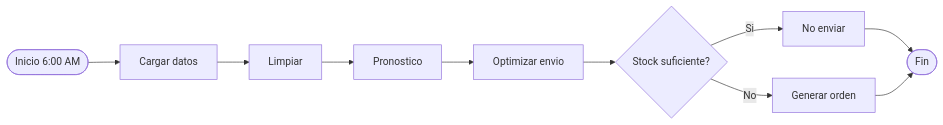
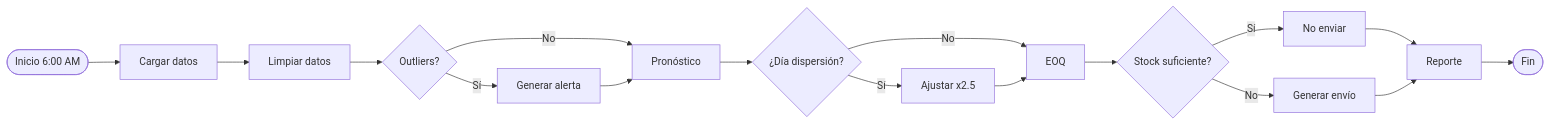
One commit to FernandoHernandezEsquivel/Modelo_de_Abastecimiento changed the second of 2 diagrams in README.md. Above: the diagram before and after it, drawn with Mermaid. The commit also changed other lines of this file, not shown here.

````diff
--- a/README.md
+++ b/README.md
@@ -35,12 +77,22 @@
 ```mermaid
 flowchart LR
-    INICIO([Inicio 6:00 AM]) --> DATOS[Cargar datos]
-    DATOS --> LIMPIEZA[Limpiar]
-    LIMPIEZA --> PRONOSTICO[Pronostico]
-    PRONOSTICO --> OPTIMIZAR[Optimizar envio]
-    OPTIMIZAR --> STOCK{Stock suficiente?}
-    STOCK -->|Si| NO_ENVIO[No enviar]
-    STOCK -->|No| ENVIO[Generar orden]
-    NO_ENVIO --> FIN([Fin])
-    ENVIO --> FIN
+    INICIO([Inicio 6:00 AM]) --> CARGAR[Cargar datos]
+    CARGAR --> LIMPIAR[Limpiar datos]
+    LIMPIAR --> OUTLIERS{Outliers?}
+    OUTLIERS -->|Sí| ALERTA[Generar alerta]
+    OUTLIERS -->|No| PRONOSTICO
+    
+    ALERTA --> PRONOSTICO[Pronóstico]
+    PRONOSTICO --> PICO{¿Día dispersión?}
+    PICO -->|Sí| AJUSTAR[Ajustar x2.5]
+    PICO -->|No| EOQ
+    
+    AJUSTAR --> EOQ[EOQ]
+    EOQ --> VALIDAR{Stock suficiente?}
+    VALIDAR -->|Sí| NO_ENVIO[No enviar]
+    VALIDAR -->|No| ENVIO[Generar envío]
+    
+    NO_ENVIO --> REPORTE[Reporte]
+    ENVIO --> REPORTE
+    REPORTE --> FIN([Fin])
 ```
````
